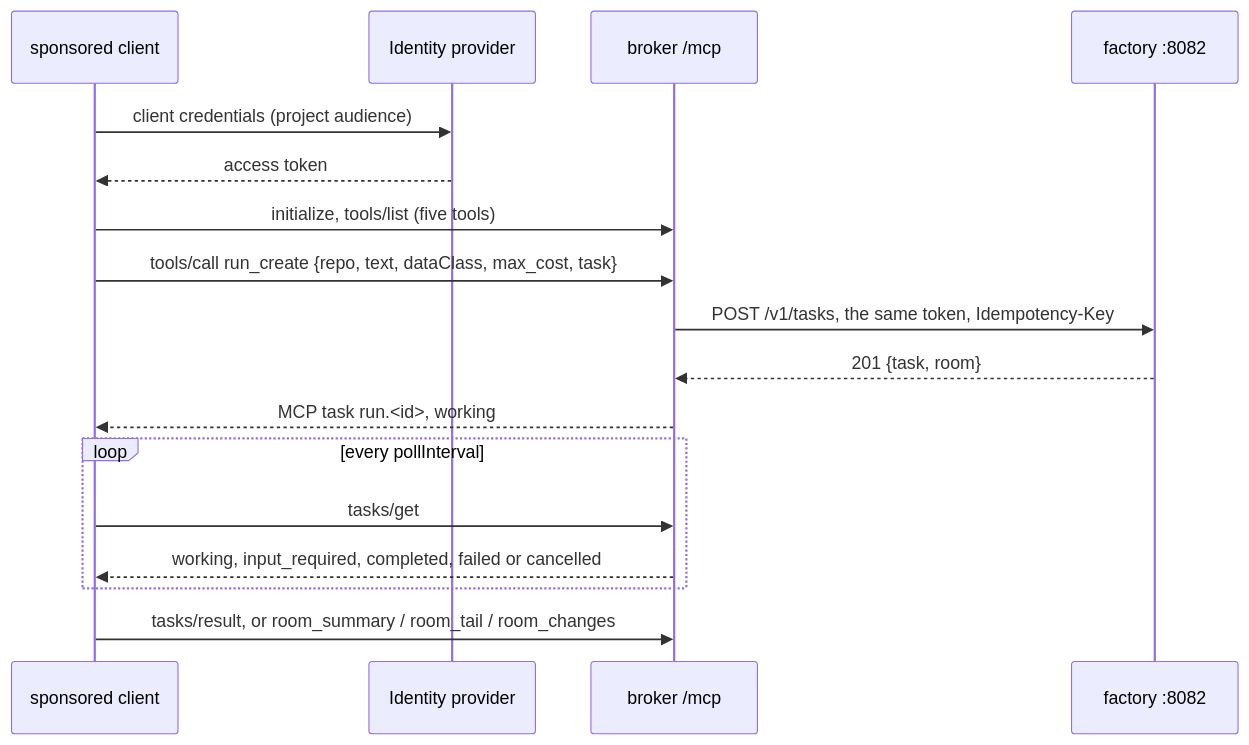
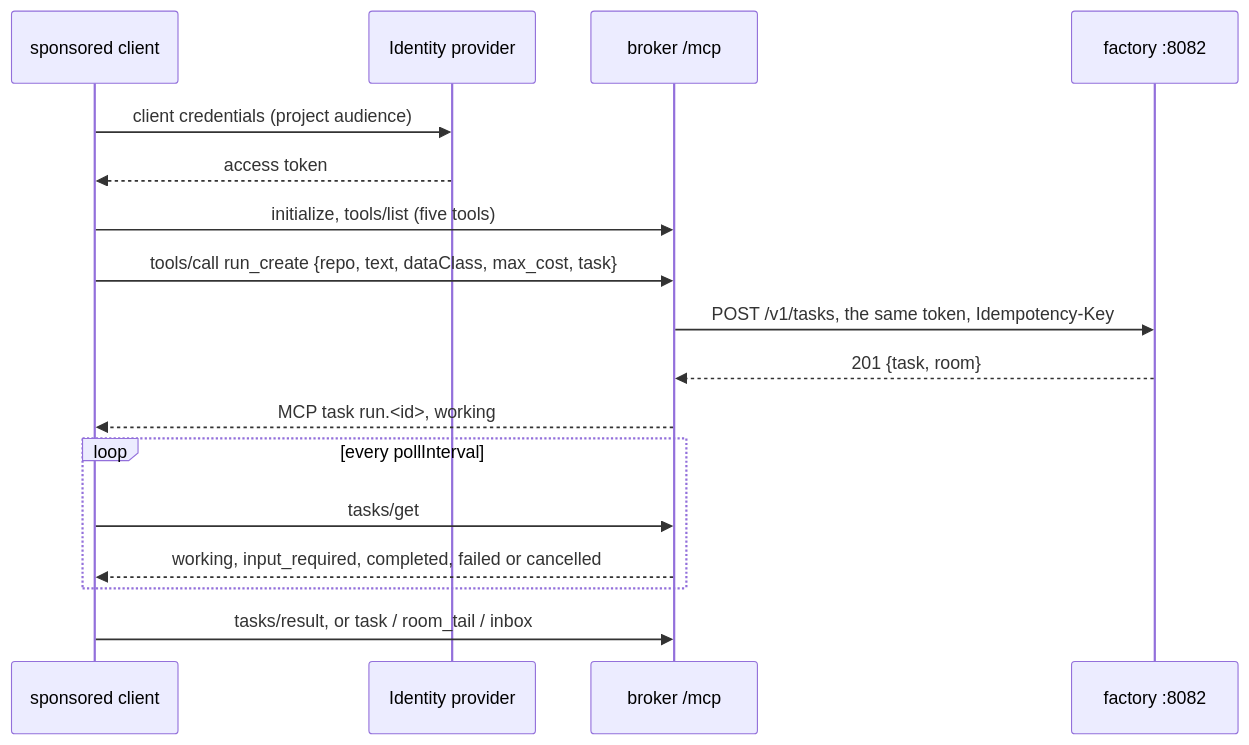
Before and after one commit to Smana/maku: the second of 2 diagrams in docs/integration.md, drawn with Mermaid. The commit also changed other lines of this file and 141 other files, not shown here.

````diff
--- a/docs/integration.md
+++ b/docs/integration.md
@@ -114,19 +114,19 @@
 ```mermaid
 sequenceDiagram
   participant C as sponsored client
   participant Z as Identity provider
   participant B as broker /mcp
   participant F as factory :8082
   C->>Z: client credentials (project audience)
   Z-->>C: access token
   C->>B: initialize, tools/list (five tools)
   C->>B: tools/call run_create {repo, text, dataClass, max_cost, task}
   B->>F: POST /v1/tasks, the same token, Idempotency-Key
   F-->>B: 201 {task, room}
   B-->>C: MCP task run.<id>, working
   loop every pollInterval
     C->>B: tasks/get
     B-->>C: working, input_required, completed, failed or cancelled
   end
-  C->>B: tasks/result, or room_summary / room_tail / room_changes
+  C->>B: tasks/result, or task / room_tail / inbox
 ```
````
